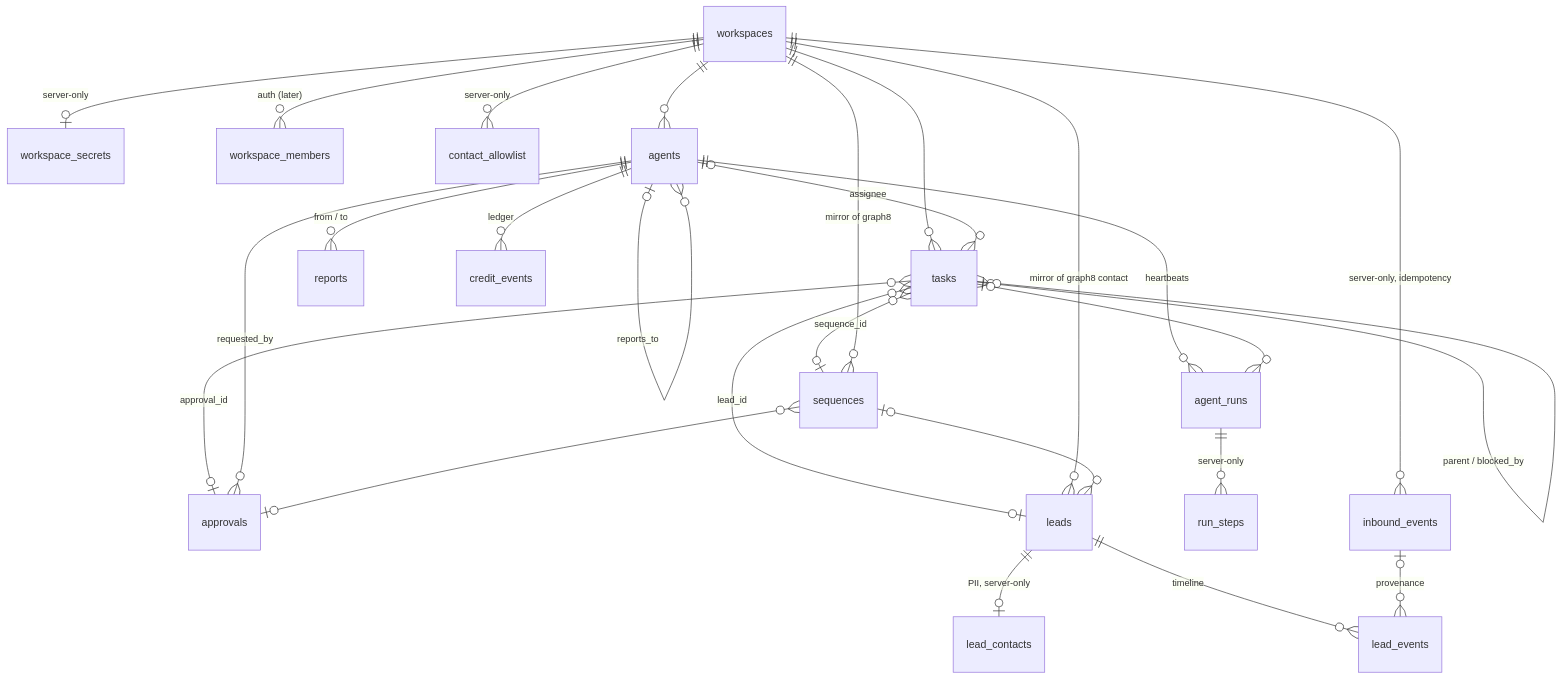
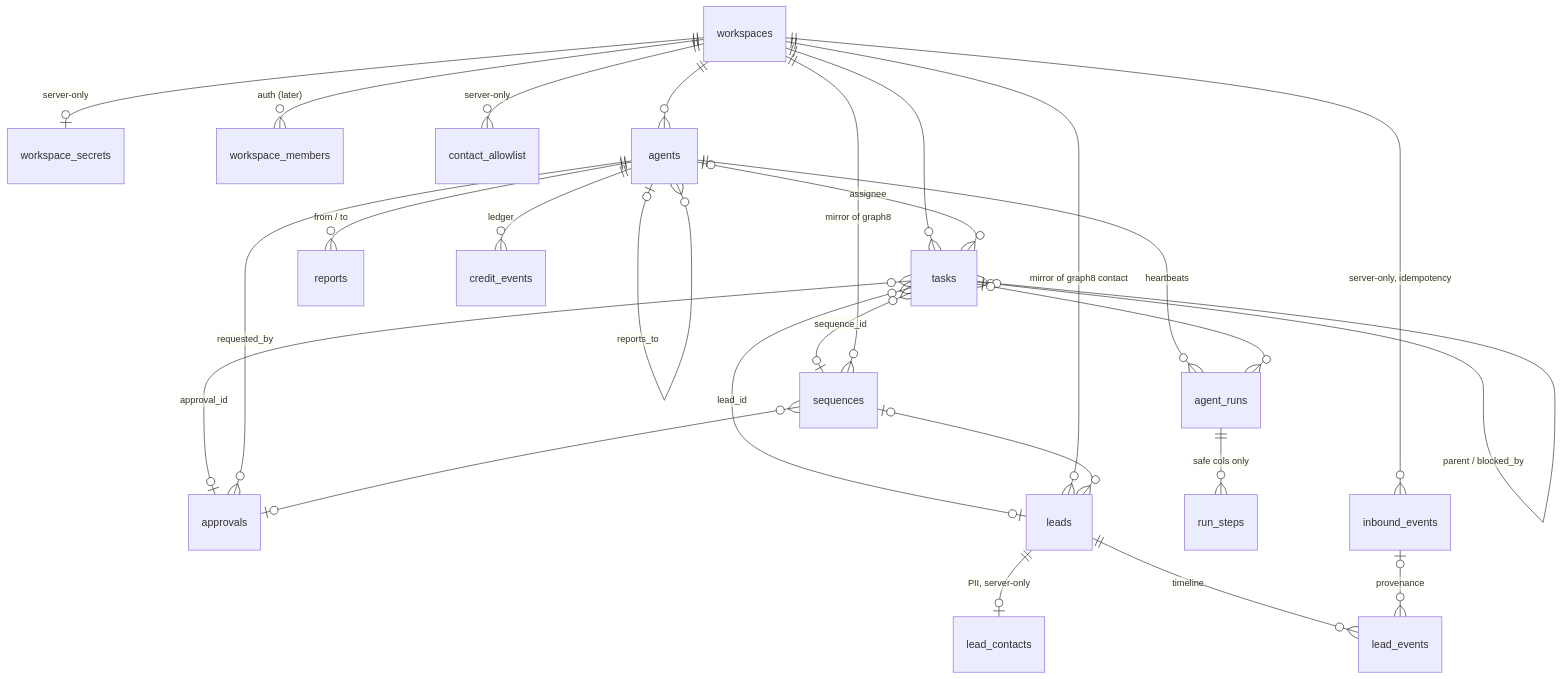
Before and after one commit to zaeeeeeem/Graph8-Hack: the diagram in docs/SCHEMA.md, drawn with Mermaid. The commit also changed other lines of this file and 4 other files, not shown here.

First line of the commit message:
feat(db): expose run_steps activity to portal via portal_activity view

````diff
--- a/docs/SCHEMA.md
+++ b/docs/SCHEMA.md
@@ -10,28 +10,28 @@
 ```mermaid
 erDiagram
   workspaces ||--o| workspace_secrets : "server-only"
   workspaces ||--o{ workspace_members : "auth (later)"
   workspaces ||--o{ contact_allowlist : "server-only"
   workspaces ||--o{ agents : ""
   agents     |o--o{ agents : "reports_to"
   workspaces ||--o{ tasks : ""
   agents     |o--o{ tasks : "assignee"
   tasks      |o--o{ tasks : "parent / blocked_by"
   tasks      }o--o| approvals : "approval_id"
   tasks      }o--o| leads : "lead_id"
   tasks      }o--o| sequences : "sequence_id"
   agents     ||--o{ agent_runs : "heartbeats"
-  agent_runs ||--o{ run_steps : "server-only"
+  agent_runs ||--o{ run_steps : "safe cols only"
   tasks      |o--o{ agent_runs : ""
   agents     ||--o{ reports : "from / to"
   agents     ||--o{ approvals : "requested_by"
   sequences  }o--o| approvals : ""
   workspaces ||--o{ sequences : "mirror of graph8"
   workspaces ||--o{ leads : "mirror of graph8 contact"
   leads      ||--o| lead_contacts : "PII, server-only"
   sequences  |o--o{ leads : ""
   leads      ||--o{ lead_events : "timeline"
   inbound_events |o--o{ lead_events : "provenance"
   workspaces ||--o{ inbound_events : "server-only, idempotency"
   agents     ||--o{ credit_events : "ledger"
 ```
````
